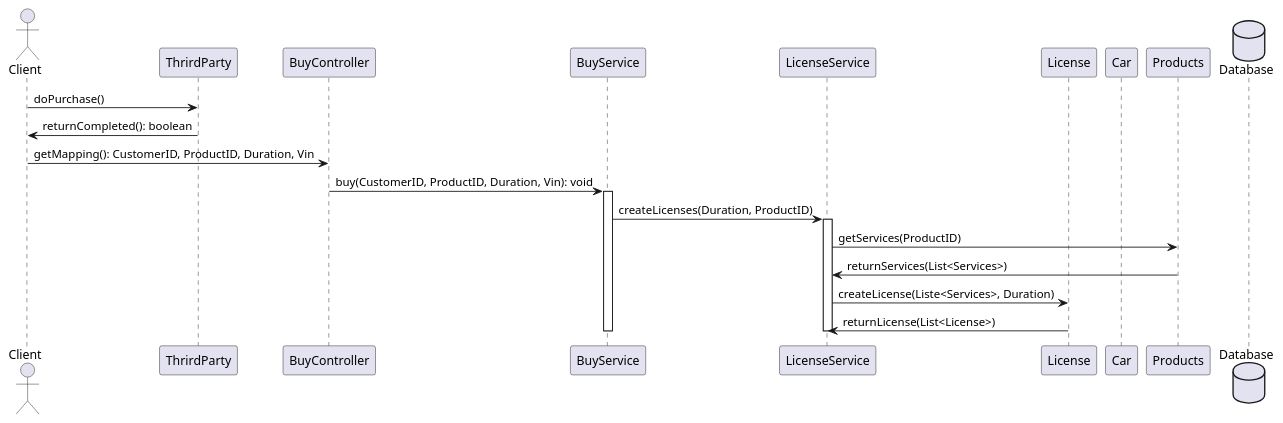
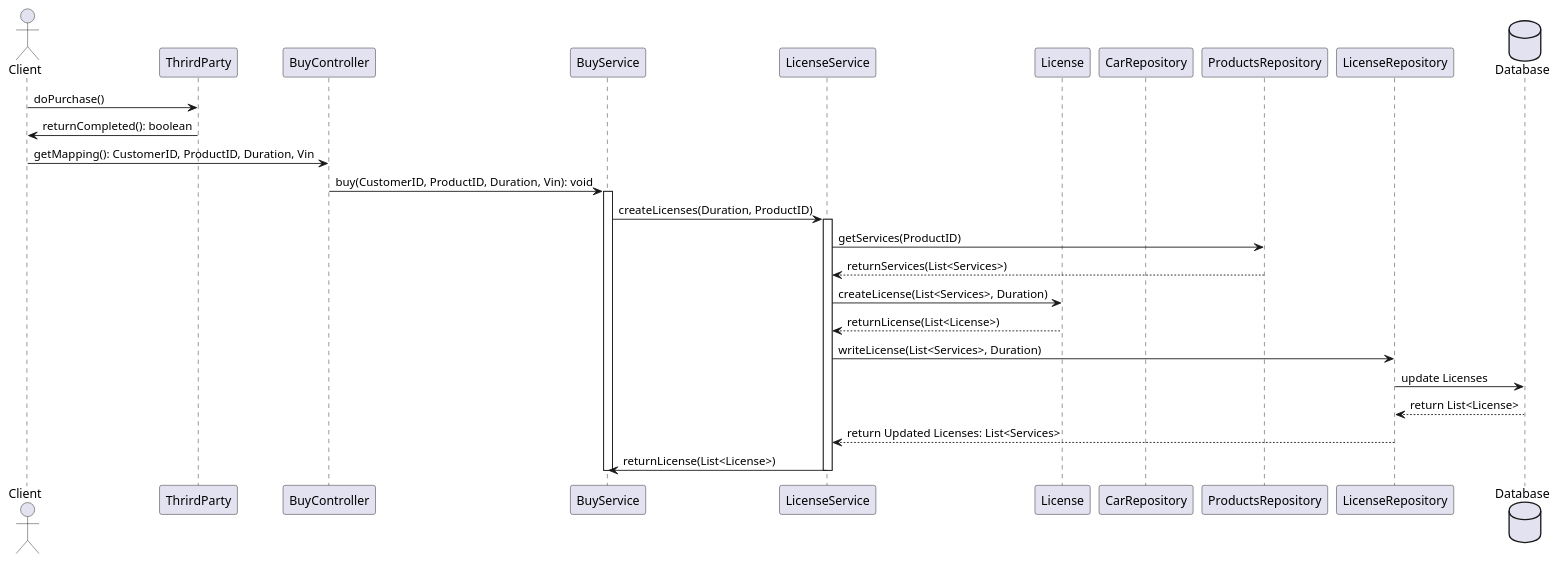
One commit to ljbg1996/car-backend changed the diagram in SequenceBuy_1.puml. Above: the diagram before and after it, drawn with PlantUML.

Commit message:
Sequence Afternoon Push

```diff
--- a/SequenceBuy_1.puml
+++ b/SequenceBuy_1.puml
@@ -1,39 +1,49 @@
 @startuml
 'https://plantuml.com/sequence-diagram
 
 actor Client as c
 participant ThrirdParty as tp
 participant BuyController as co
 participant BuyService as s
 'participant LicenseController as lc
 participant LicenseService as ls
 participant License as l
-participant Car as ca
-participant Products as p
+participant CarRepository as ca
+participant ProductsRepository as p
+participant LicenseRepository as lr
 database Database as db
 
 c->tp : doPurchase()
 tp->c : returnCompleted(): boolean
 
 c -> co: getMapping(): CustomerID, ProductID, Duration, Vin
 
 co-> s: buy(CustomerID, ProductID, Duration, Vin): void
 activate s
 's -> ca: setProduct(ProductId, Vin)
 'ca -> ls: setService(ServiceID)
 
 s-> ls: createLicenses(Duration, ProductID)
 activate ls
 ls->p: getServices(ProductID)
-p->ls: returnServices(List<Services>)
+p-->ls: returnServices(List<Services>)
 
-ls->  l: createLicense(Liste<Services>, Duration)
+ls->  l: createLicense(List<Services>, Duration)
 
-l->ls: returnLicense(List<License>)
+l-->ls: returnLicense(List<License>)
+
+
+
+ls-> lr: writeLicense(List<Services>, Duration)
+lr->db: update Licenses
+db-->lr: return List<License>
+lr-->  ls: return Updated Licenses: List<Services>
+ls->s: returnLicense(List<License>)
 deactivate ls
+
 deactivate s
 
 
 
 
 @enduml
```
